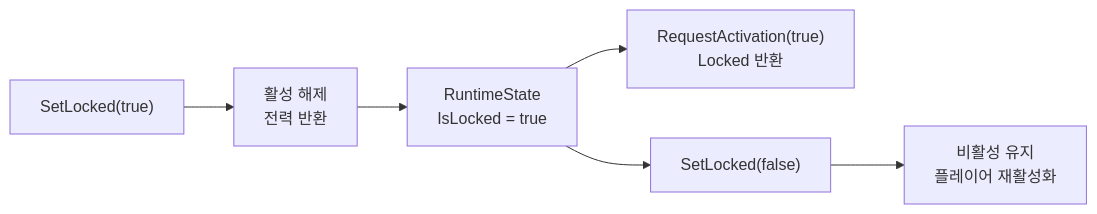
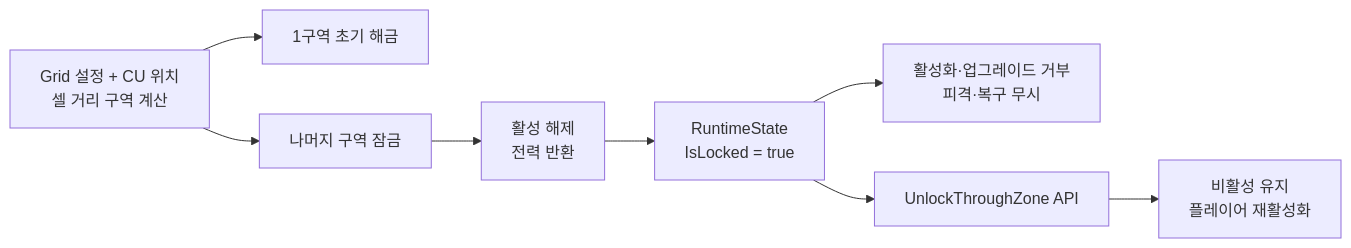
One commit to Team-HJD-21/unity-6-the-developer changed diagram 13 of 16 in Docs/architecture/turret-system-guide.md. Above: the diagram before and after it, drawn with Mermaid. The commit also changed other lines of this file and 10 other files, not shown here.

````diff
--- a/Docs/architecture/turret-system-guide.md
+++ b/Docs/architecture/turret-system-guide.md
@@ -573,8 +577,10 @@
 ```mermaid
 flowchart LR
-    Lock["SetLocked(true)"] --> Off["활성 해제<br>전력 반환"]
+    Grid["Grid 설정 + CU 위치<br>셀 거리 구역 계산"] --> First["1구역 초기 해금"]
+    Grid --> Lock["나머지 구역 잠금"]
+    Lock --> Off["활성 해제<br>전력 반환"]
     Off --> State["RuntimeState<br>IsLocked = true"]
-    State --> Reject["RequestActivation(true)<br>Locked 반환"]
-    State --> Unlock["SetLocked(false)"]
+    State --> Reject["활성화·업그레이드 거부<br>피격·복구 무시"]
+    State --> Unlock["UnlockThroughZone API"]
     Unlock --> Wait["비활성 유지<br>플레이어 재활성화"]
 ```
````
